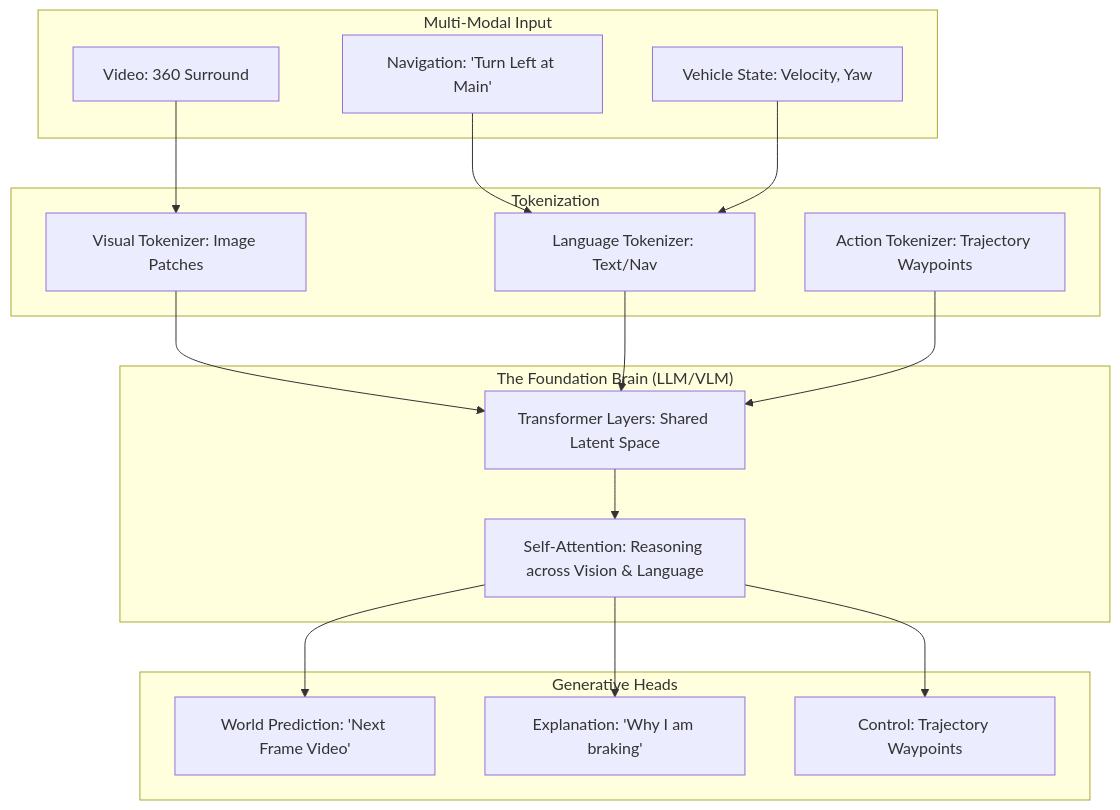
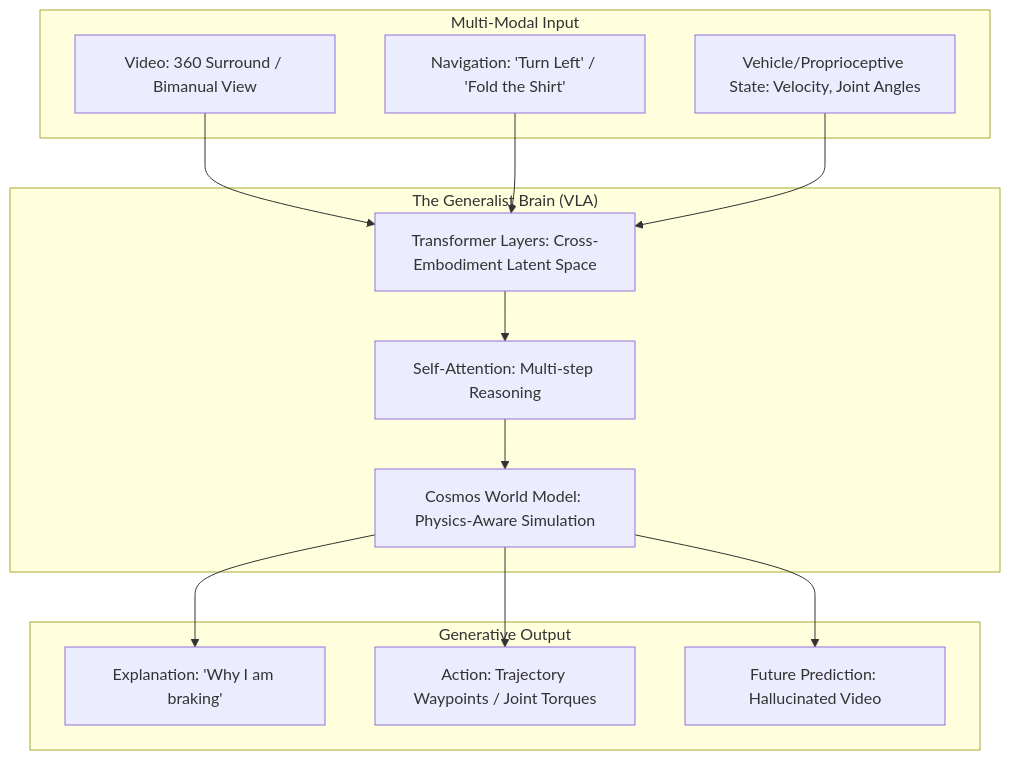
One commit to gopikrishtummala/gopikrishtummala.github.io changed the diagram in src/data/blog/robotics/autonomous-stack-module-9-foundation-models.md. Above: the diagram before and after it, drawn with Mermaid. The commit also changed other lines of this file and 8 other files, not shown here.

````diff
--- a/src/data/blog/robotics/autonomous-stack-module-9-foundation-models.md
+++ b/src/data/blog/robotics/autonomous-stack-module-9-foundation-models.md
@@ -81,38 +81,30 @@
 ```mermaid
 graph TD
     subgraph "Multi-Modal Input"
-        Video[Video: 360 Surround]
-        Nav[Navigation: 'Turn Left at Main']
-        State[Vehicle State: Velocity, Yaw]
+        Video[Video: 360 Surround / Bimanual View]
+        Nav[Navigation: 'Turn Left' / 'Fold the Shirt']
+        State[Vehicle/Proprioceptive State: Velocity, Joint Angles]
     end
 
-    subgraph "Tokenization"
-        V_Tok[Visual Tokenizer: Image Patches]
-        L_Tok[Language Tokenizer: Text/Nav]
-        A_Tok[Action Tokenizer: Trajectory Waypoints]
+    subgraph "The Generalist Brain (VLA)"
+        Shared[Transformer Layers: Cross-Embodiment Latent Space]
+        S_Attn[Self-Attention: Multi-step Reasoning]
+        Cosmos[Cosmos World Model: Physics-Aware Simulation]
     end
 
-    subgraph "The Foundation Brain (LLM/VLM)"
-        Shared[Transformer Layers: Shared Latent Space]
-        S_Attn[Self-Attention: Reasoning across Vision & Language]
+    subgraph "Generative Output"
+        Reason[Explanation: 'Why I am braking']
+        Action[Action: Trajectory Waypoints / Joint Torques]
+        Dream[Future Prediction: Hallucinated Video]
     end
 
-    subgraph "Generative Heads"
-        Next_V[World Prediction: 'Next Frame Video']
-        Reason[Explanation: 'Why I am braking']
-        Action[Control: Trajectory Waypoints]
-    end
-
-    Video --> V_Tok
-    Nav --> L_Tok
-    State --> L_Tok
-
-    V_Tok --> Shared
-    L_Tok --> Shared
-    A_Tok --> Shared
+    Video --> Shared
+    Nav --> Shared
+    State --> Shared
 
     Shared --> S_Attn
-    S_Attn --> Next_V
-    S_Attn --> Reason
-    S_Attn --> Action
+    S_Attn --> Cosmos
+    Cosmos --> Reason
+    Cosmos --> Action
+    Cosmos --> Dream
 ```
````
